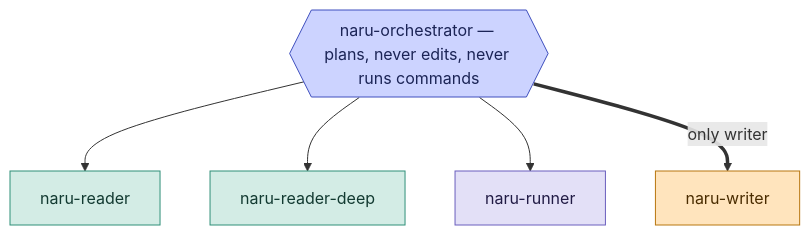
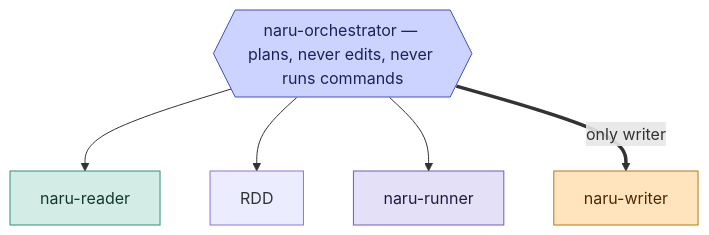
One commit to sean35mm/naru-opencode changed the diagram in docs/src/content/docs/workflows/agents.md. Above: the diagram before and after it, drawn with Mermaid. The commit also changed other lines of this file and 23 other files, not shown here.

````diff
--- a/docs/src/content/docs/workflows/agents.md
+++ b/docs/src/content/docs/workflows/agents.md
@@ -10,16 +10,15 @@
 ```mermaid
 flowchart TB
   ORC{{"naru-orchestrator — plans, never edits, never runs commands"}}:::coord
   RD["naru-reader"]:::read
-  RDD["naru-reader-deep"]:::read
   RUN["naru-runner"]:::shell
   WR["naru-writer"]:::write
 
   ORC --> RD & RDD & RUN
   ORC ==>|"only writer"| WR
 
   classDef coord fill:#ccd3ff,stroke:#3f4fbe,color:#1b2456
   classDef read fill:#d3ece5,stroke:#2f8f78,color:#123a31
   classDef shell fill:#e3e0f7,stroke:#6a5fbe,color:#211b45
   classDef write fill:#ffe4bd,stroke:#b8760f,color:#4a2c00
 ```
````
